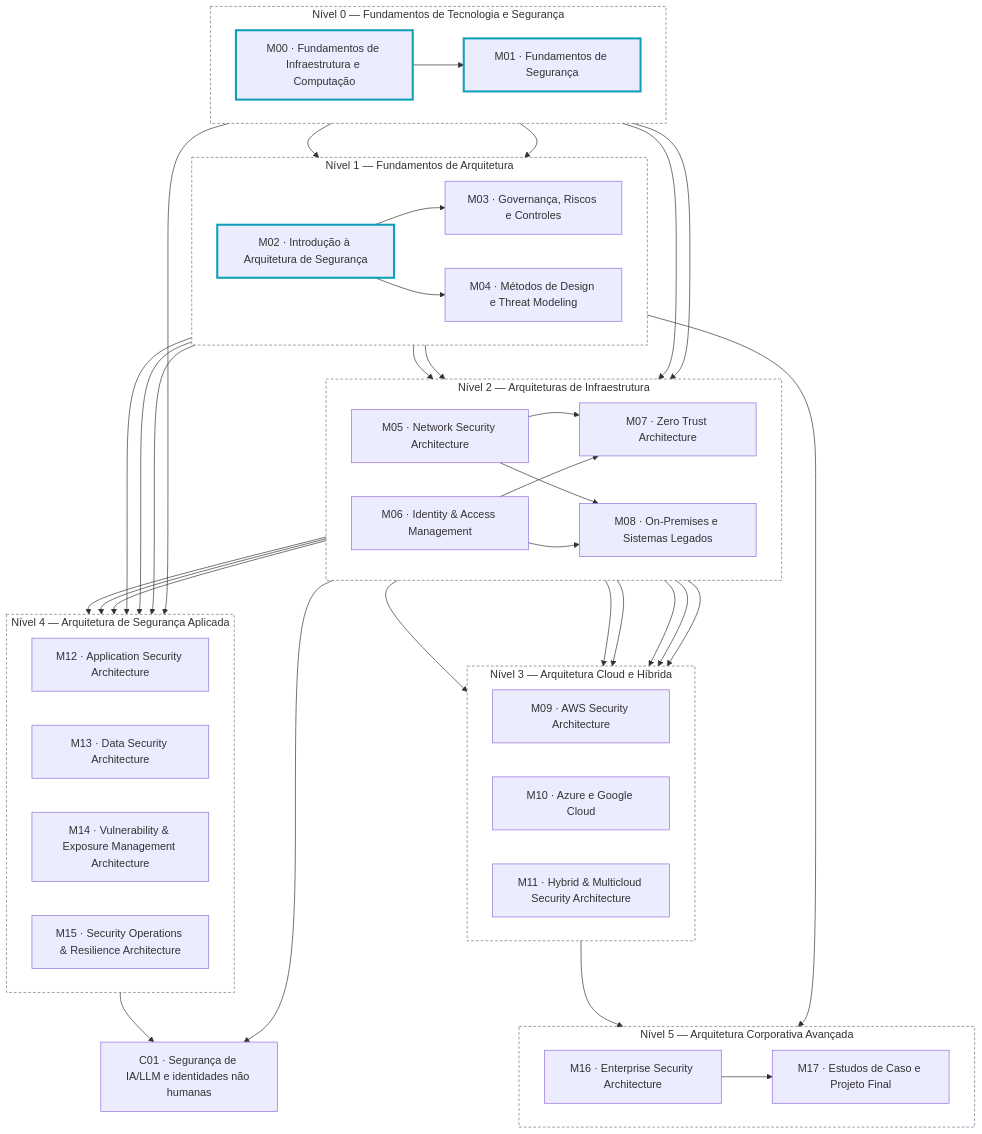
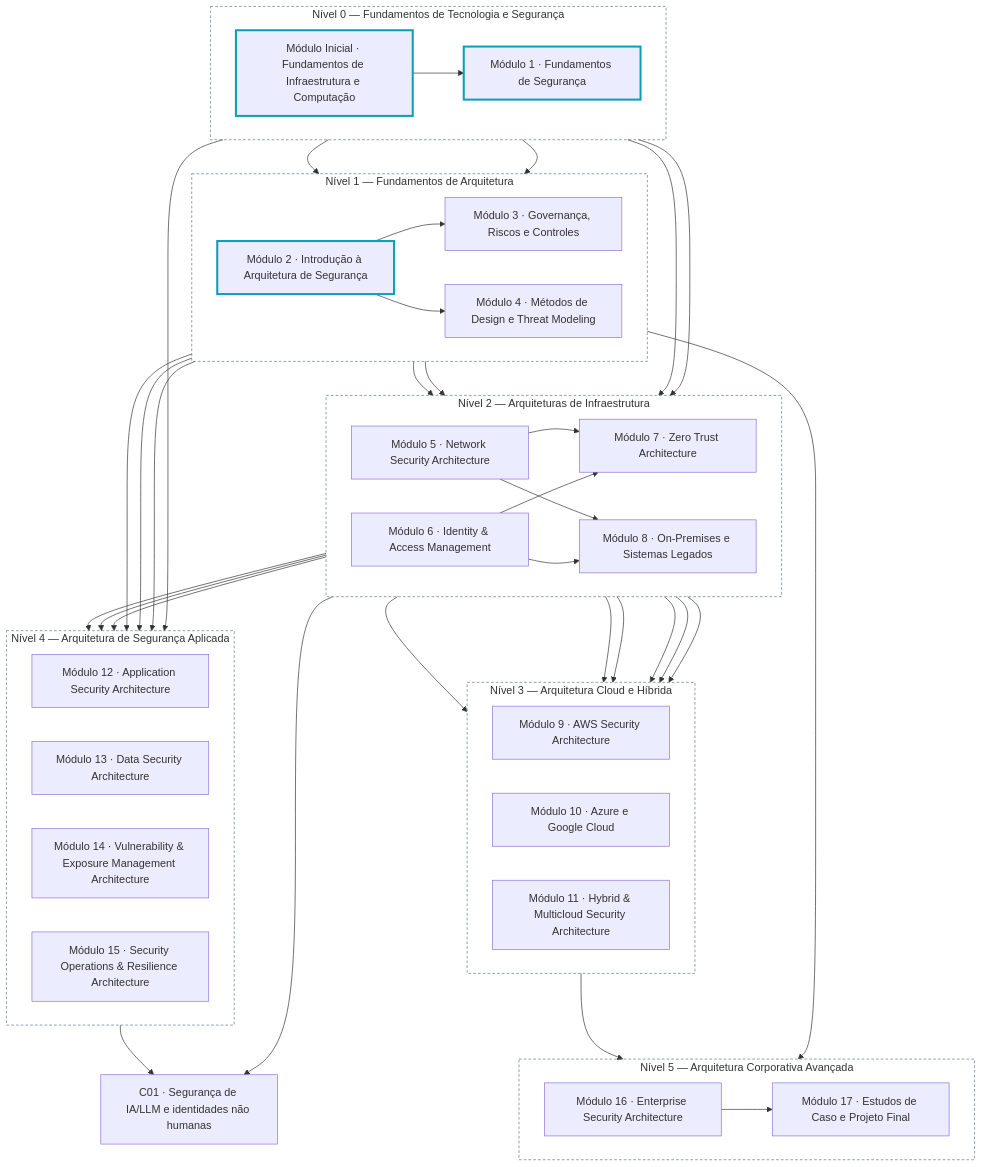
One commit to andrewsferreira/security-architecture-academy changed the diagram in docs/curriculum/dependencies.md. Above: the diagram before and after it, drawn with Mermaid. The commit also changed other lines of this file and 109 other files, not shown here.

````diff
--- a/docs/curriculum/dependencies.md
+++ b/docs/curriculum/dependencies.md
@@ -12,80 +12,80 @@
 ```mermaid
 flowchart TB
   accTitle: Dependências entre os módulos
   accDescr: Grafo de pré-requisitos gerado a partir do manifesto do currículo. Cada seta liga um módulo pré-requisito ao módulo que depende dele; os módulos estão agrupados pelos seis níveis do currículo.
 
   subgraph N0["Nível 0 — Fundamentos de Tecnologia e Segurança"]
     direction LR
-    M00["M00 · Fundamentos de Infraestrutura e Computação"]
-    M01["M01 · Fundamentos de Segurança"]
+    M00["Módulo Inicial · Fundamentos de Infraestrutura e Computação"]
+    M01["Módulo 1 · Fundamentos de Segurança"]
   end
   subgraph N1["Nível 1 — Fundamentos de Arquitetura"]
     direction LR
-    M02["M02 · Introdução à Arquitetura de Segurança"]
-    M03["M03 · Governança, Riscos e Controles"]
-    M04["M04 · Métodos de Design e Threat Modeling"]
+    M02["Módulo 2 · Introdução à Arquitetura de Segurança"]
+    M03["Módulo 3 · Governança, Riscos e Controles"]
+    M04["Módulo 4 · Métodos de Design e Threat Modeling"]
   end
   subgraph N2["Nível 2 — Arquiteturas de Infraestrutura"]
     direction LR
-    M05["M05 · Network Security Architecture"]
-    M06["M06 · Identity & Access Management"]
-    M07["M07 · Zero Trust Architecture"]
-    M08["M08 · On-Premises e Sistemas Legados"]
+    M05["Módulo 5 · Network Security Architecture"]
+    M06["Módulo 6 · Identity & Access Management"]
+    M07["Módulo 7 · Zero Trust Architecture"]
+    M08["Módulo 8 · On-Premises e Sistemas Legados"]
   end
   subgraph N3["Nível 3 — Arquitetura Cloud e Híbrida"]
     direction LR
-    M09["M09 · AWS Security Architecture"]
-    M10["M10 · Azure e Google Cloud"]
-    M11["M11 · Hybrid & Multicloud Security Architecture"]
+    M09["Módulo 9 · AWS Security Architecture"]
+    M10["Módulo 10 · Azure e Google Cloud"]
+    M11["Módulo 11 · Hybrid & Multicloud Security Architecture"]
   end
   subgraph N4["Nível 4 — Arquitetura de Segurança Aplicada"]
     direction LR
-    M12["M12 · Application Security Architecture"]
-    M13["M13 · Data Security Architecture"]
-    M14["M14 · Vulnerability & Exposure Management Architecture"]
-    M15["M15 · Security Operations & Resilience Architecture"]
+    M12["Módulo 12 · Application Security Architecture"]
+    M13["Módulo 13 · Data Security Architecture"]
+    M14["Módulo 14 · Vulnerability & Exposure Management Architecture"]
+    M15["Módulo 15 · Security Operations & Resilience Architecture"]
   end
   subgraph N5["Nível 5 — Arquitetura Corporativa Avançada"]
     direction LR
-    M16["M16 · Enterprise Security Architecture"]
-    M17["M17 · Estudos de Caso e Projeto Final"]
+    M16["Módulo 16 · Enterprise Security Architecture"]
+    M17["Módulo 17 · Estudos de Caso e Projeto Final"]
   end
   C01["C01 · Segurança de IA/LLM e identidades não humanas"]
 
   M00 --> M01
   M00 --> M02
   M01 --> M02
   M02 --> M03
   M02 --> M04
   M00 --> M05
   M02 --> M05
   M01 --> M06
   M02 --> M06
   M05 --> M07
   M06 --> M07
   M05 --> M08
   M06 --> M08
   M05 --> M09
   M06 --> M09
   M05 --> M10
   M06 --> M10
   M06 --> M11
   M07 --> M11
   M04 --> M12
   M06 --> M12
   M01 --> M13
   M03 --> M13
   M03 --> M14
   M05 --> M15
   M06 --> M15
   M03 --> M16
   M11 --> M16
   M16 --> M17
   M06 --> C01
   M12 --> C01
 
   classDef zone fill:transparent,stroke:#64748b,stroke-width:1px,stroke-dasharray:4 3
   classDef active stroke:#0e9fb8,stroke-width:3px
   class N0,N1,N2,N3,N4,N5 zone
   class M00,M01,M02 active
 ```
````
